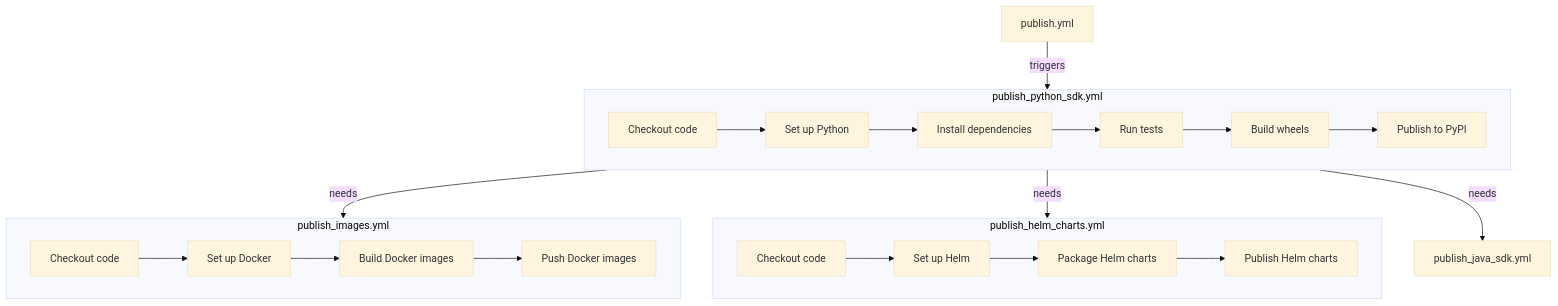
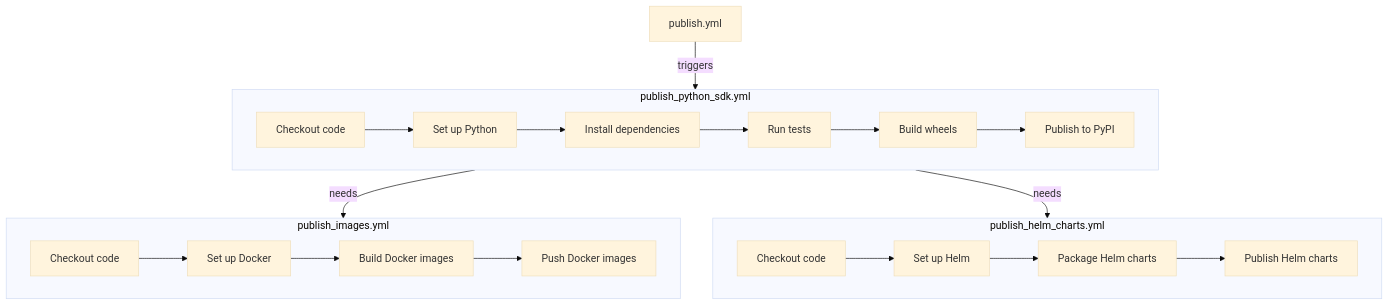
Before and after one commit to feast-dev/feast: the second of 2 diagrams in docs/project/release-process.md, drawn with Mermaid (base theme).

Commit message:
chore: Update release-process.md
fixing

````diff
--- a/docs/project/release-process.md
+++ b/docs/project/release-process.md
@@ -19,22 +19,21 @@
 ```mermaid
 graph TD
     A[publish.yml] -->|triggers| B[publish_python_sdk.yml]
     B -->|needs| C[publish_images.yml]
     B -->|needs| D[publish_helm_charts.yml]
-    B -->|needs| E[publish_java_sdk.yml]
 
     subgraph B[publish_python_sdk.yml]
         direction LR
         B1[Checkout code] --> B2[Set up Python] --> B3[Install dependencies] --> B4[Run tests] --> B5[Build wheels] --> B6[Publish to PyPI]
     end
 
     subgraph C[publish_images.yml]
         direction LR
         C1[Checkout code] --> C2[Set up Docker] --> C3[Build Docker images] --> C4[Push Docker images]
     end
 
     subgraph D[publish_helm_charts.yml]
         direction LR
         D1[Checkout code] --> D2[Set up Helm] --> D3[Package Helm charts] --> D4[Publish Helm charts]
     end
 ```
````
